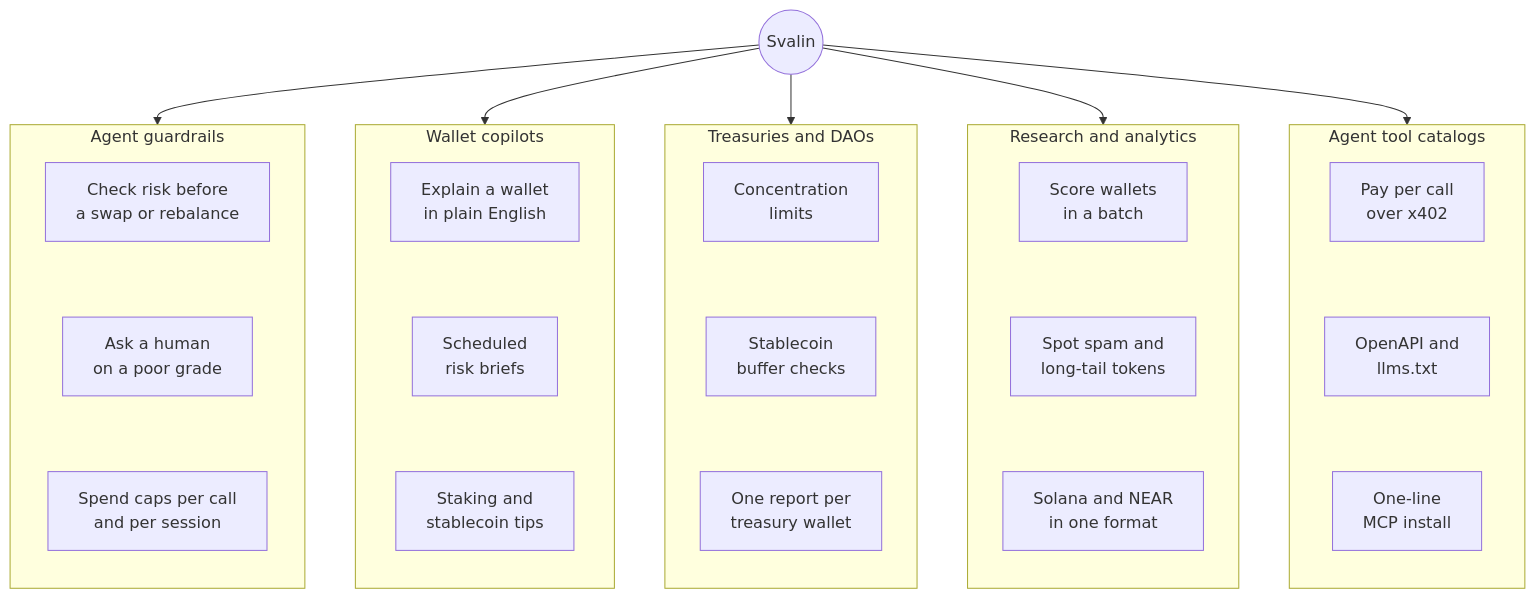
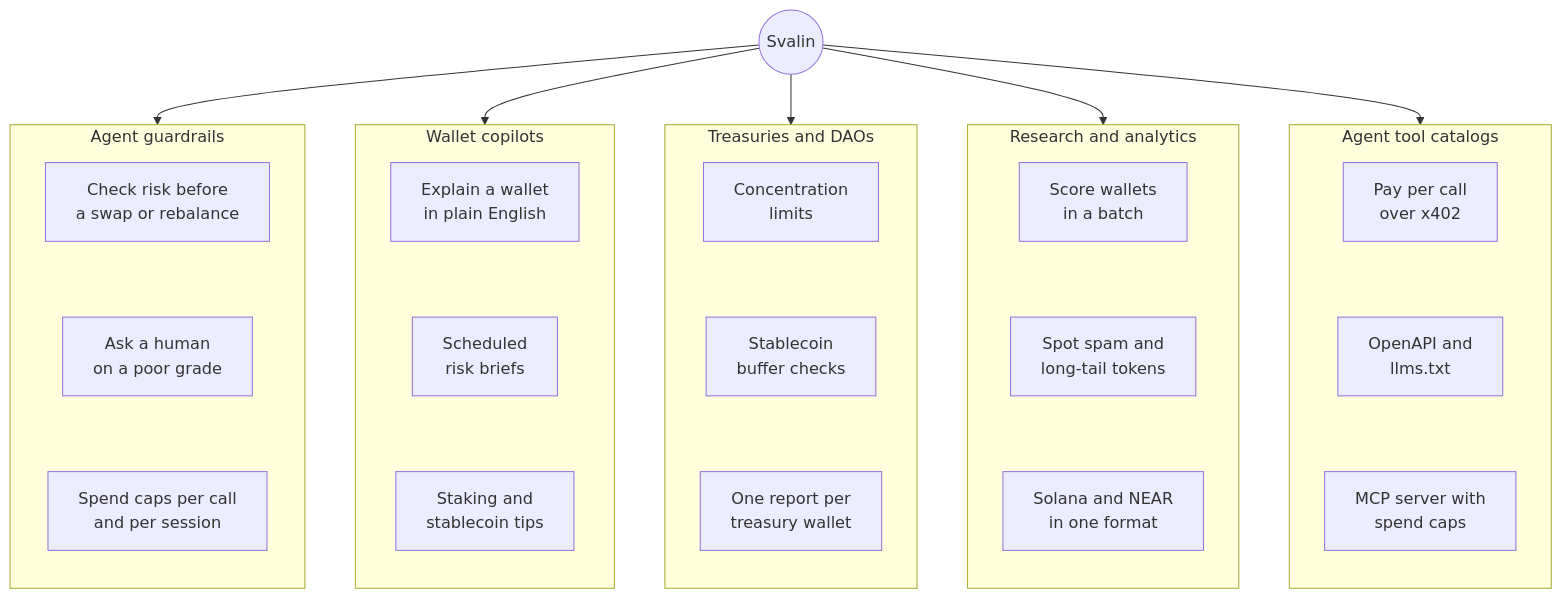
Before and after one commit to noobshole/svalin-agent: the first of 2 diagrams in README.md, drawn with Mermaid. The commit also changed other lines of this file and 27 other files, not shown here.

````diff
--- a/README.md
+++ b/README.md
@@ -96,26 +100,26 @@
 ```mermaid
 flowchart TB
     S(("Svalin"))
     S --> G & W & T & R & C
 
     subgraph G["Agent guardrails"]
         direction TB
         G1["Check risk before<br/>a swap or rebalance"] ~~~ G2["Ask a human<br/>on a poor grade"] ~~~ G3["Spend caps per call<br/>and per session"]
     end
     subgraph W["Wallet copilots"]
         direction TB
         W1["Explain a wallet<br/>in plain English"] ~~~ W2["Scheduled<br/>risk briefs"] ~~~ W3["Staking and<br/>stablecoin tips"]
     end
     subgraph T["Treasuries and DAOs"]
         direction TB
         T1["Concentration<br/>limits"] ~~~ T2["Stablecoin<br/>buffer checks"] ~~~ T3["One report per<br/>treasury wallet"]
     end
     subgraph R["Research and analytics"]
         direction TB
         R1["Score wallets<br/>in a batch"] ~~~ R2["Spot spam and<br/>long-tail tokens"] ~~~ R3["Solana and NEAR<br/>in one format"]
     end
     subgraph C["Agent tool catalogs"]
         direction TB
-        C1["Pay per call<br/>over x402"] ~~~ C2["OpenAPI and<br/>llms.txt"] ~~~ C3["One-line<br/>MCP install"]
+        C1["Pay per call<br/>over x402"] ~~~ C2["OpenAPI and<br/>llms.txt"] ~~~ C3["MCP server with<br/>spend caps"]
     end
 ```
````
